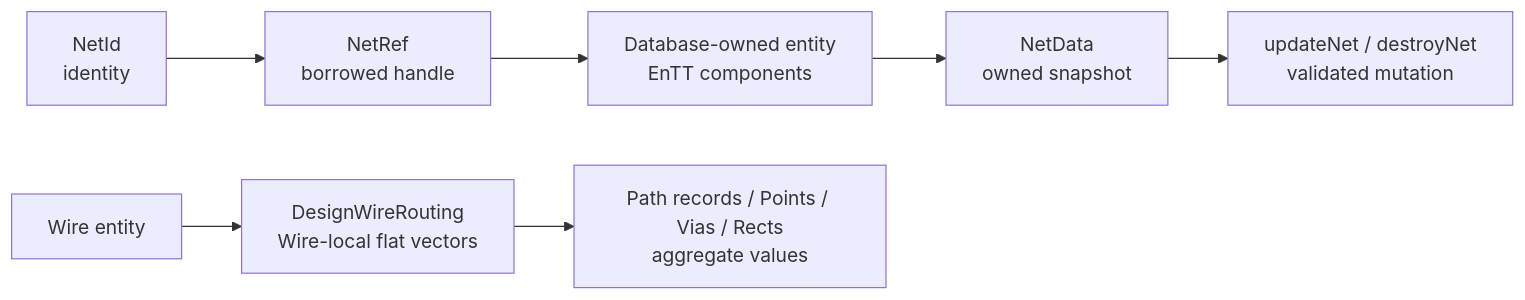
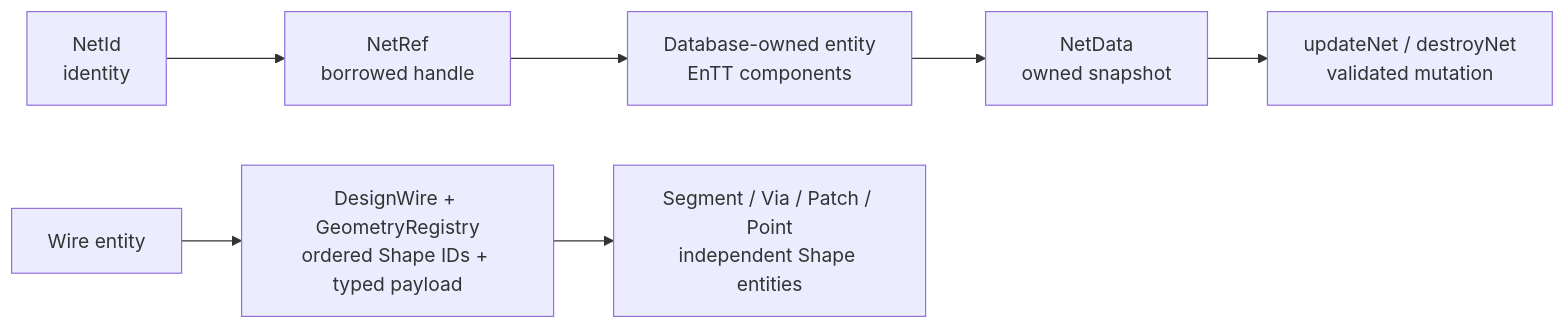
The second of 3 diagrams in src/database/eccdb/doc/Architecture.en.md (openecos-projects/ecc-tools), drawn with Mermaid before and after one commit. The commit also changed other lines of this file and 173 other files, not shown here.

````diff
--- a/src/database/eccdb/doc/Architecture.en.md
+++ b/src/database/eccdb/doc/Architecture.en.md
@@ -102,9 +103,9 @@
 ```mermaid
 flowchart LR
   id["NetId\nidentity"] --> ref["NetRef\nborrowed handle"]
   ref --> entity["Database-owned entity\nEnTT components"]
   entity --> snapshot["NetData\nowned snapshot"]
   snapshot --> write["updateNet / destroyNet\nvalidated mutation"]
-  wire["Wire entity"] --> routing["DesignWireRouting\nWire-local flat vectors"]
-  routing --> values["Path records / Points / Vias / Rects\naggregate values"]
+  wire["Wire entity"] --> routing["DesignWire + GeometryRegistry\nordered Shape IDs + typed payload"]
+  routing --> values["Segment / Via / Patch / Point\nindependent Shape entities"]
 ```
````
